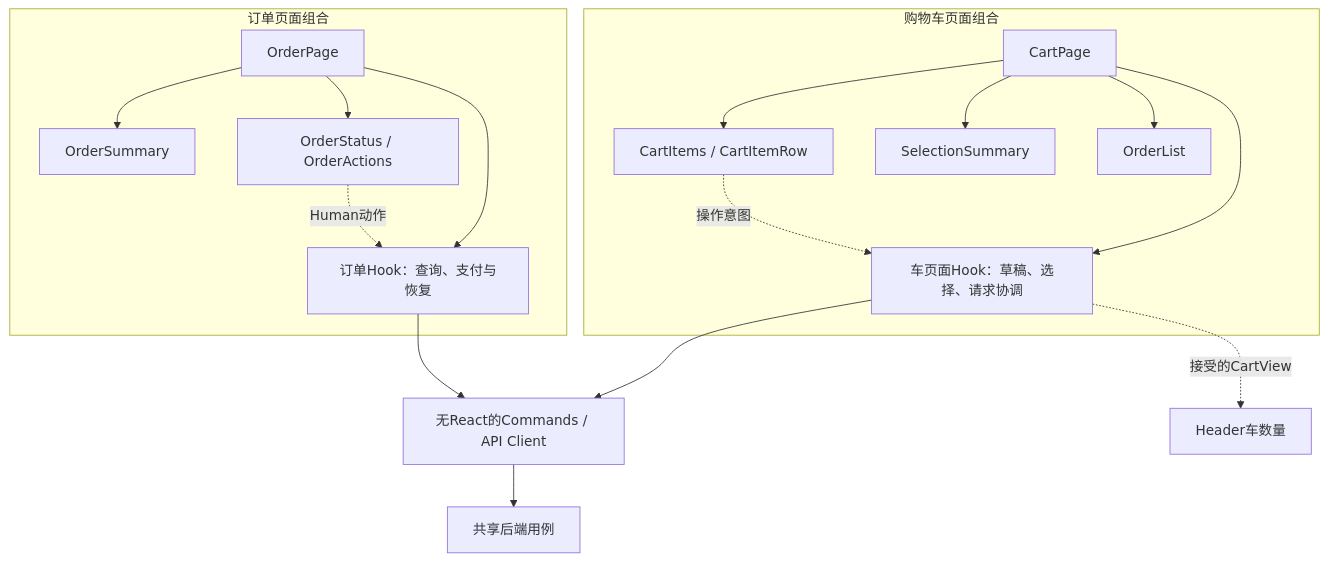
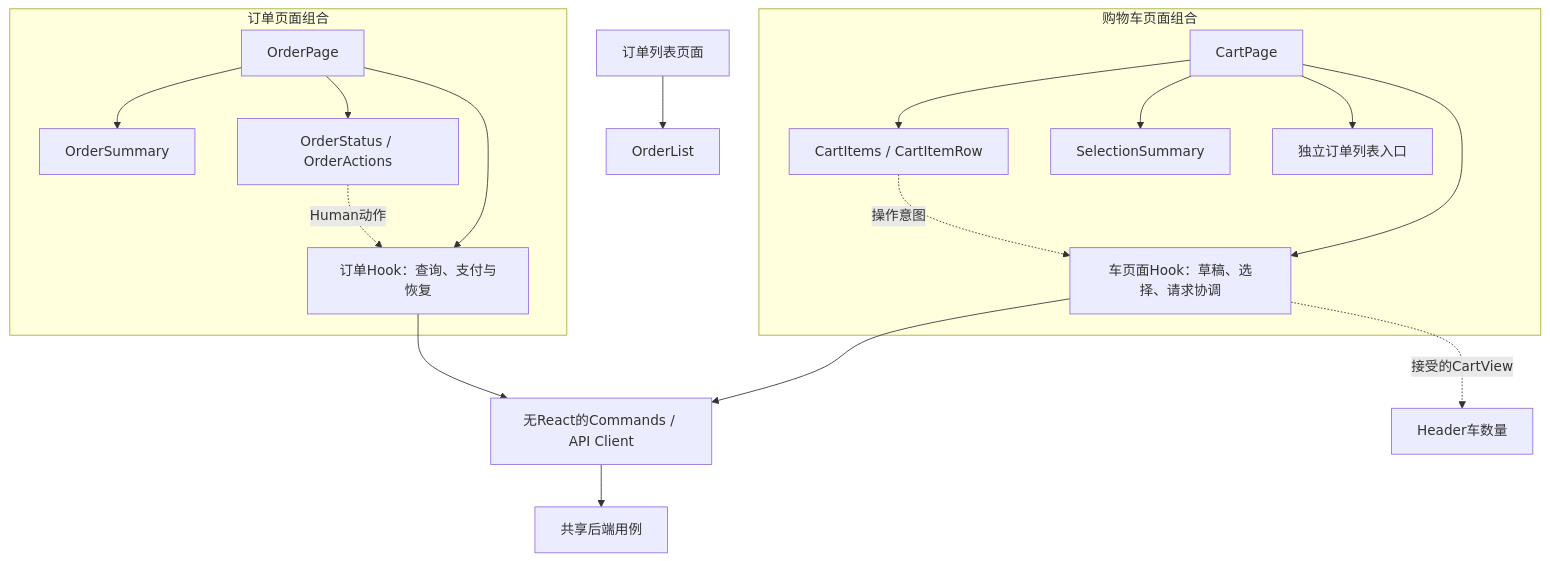
The seventh of 14 diagrams in docs/engineering/TECHNICAL_DESIGN.md (linshuohao/agent-ready-store), drawn with Mermaid before and after one commit. The commit also changed other lines of this file and 18 other files, not shown here.

````diff
--- a/docs/engineering/TECHNICAL_DESIGN.md
+++ b/docs/engineering/TECHNICAL_DESIGN.md
@@ -300,20 +301,21 @@
 ```mermaid
 flowchart TB
     subgraph CartUI[购物车页面组合]
         CP[CartPage] --> Rows[CartItems / CartItemRow]
         CP --> Selection[SelectionSummary]
-        CP --> Orders[OrderList]
+        CP --> OrdersLink[独立订单列表入口]
         CP --> CH[车页面Hook：草稿、选择、请求协调]
     end
+    OrdersPage[订单列表页面] --> Orders[OrderList]
     subgraph OrderUI[订单页面组合]
         OP[OrderPage] --> Summary[OrderSummary]
         OP --> Actions[OrderStatus / OrderActions]
         OP --> OH[订单Hook：查询、支付与恢复]
     end
     CH --> Cmd[无React的Commands / API Client]
     OH --> Cmd
     Cmd --> API[共享后端用例]
     CH -. 接受的CartView .-> Header[Header车数量]
     Rows -. 操作意图 .-> CH
     Actions -. Human动作 .-> OH
 ```
````
